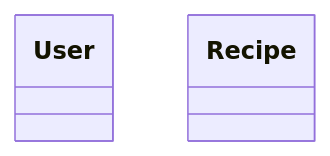
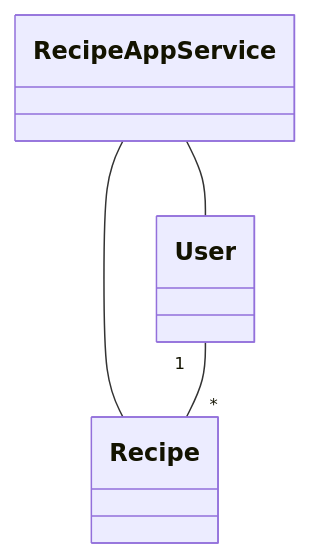
One commit to Germuu/ot-harjoitusty- changed the diagram in recipe-app/documentation/architecture.md. Above: the diagram before and after it, drawn with Mermaid.

````diff
--- a/recipe-app/documentation/architecture.md
+++ b/recipe-app/documentation/architecture.md
@@ -1,6 +1,10 @@
 ```mermaid
 classDiagram
-    class User
-    class Recipe
+    RecipeAppService -- User
+    RecipeAppService -- Recipe
+    User "1" -- "*" Recipe
+  
+
+
 
 ```
````
